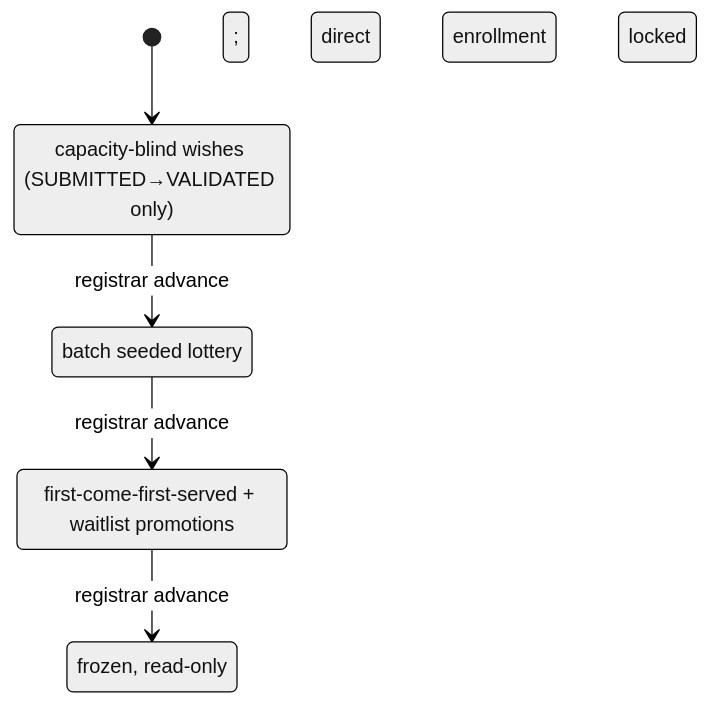
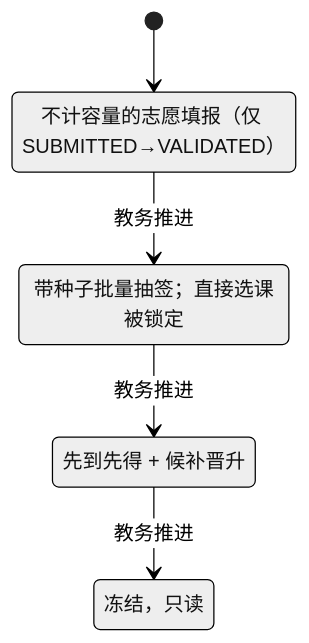
Before and after one commit to yuedu16night/courseflow: the fourth of 6 diagrams in docs/report.md, drawn with Mermaid (neutral theme). The commit also changed other lines of this file and 6 other files, not shown here.

````diff
--- a/docs/report.md
+++ b/docs/report.md
@@ -281,11 +191,11 @@
 ```mermaid
 stateDiagram-v2
     [*] --> PRE_ENROLLMENT
-    PRE_ENROLLMENT --> ALLOCATION : registrar advance
-    ALLOCATION --> ADD_DROP : registrar advance
-    ADD_DROP --> CLOSED : registrar advance
-    PRE_ENROLLMENT : capacity-blind wishes (SUBMITTED→VALIDATED only)
-    ALLOCATION : batch seeded lottery; direct enrollment locked
-    ADD_DROP : first-come-first-served + waitlist promotions
-    CLOSED : frozen, read-only
+    PRE_ENROLLMENT --> ALLOCATION : 教务推进
+    ALLOCATION --> ADD_DROP : 教务推进
+    ADD_DROP --> CLOSED : 教务推进
+    PRE_ENROLLMENT : 不计容量的志愿填报（仅 SUBMITTED→VALIDATED）
+    ALLOCATION : 带种子批量抽签；直接选课被锁定
+    ADD_DROP : 先到先得 + 候补晋升
+    CLOSED : 冻结，只读
 ```
````
